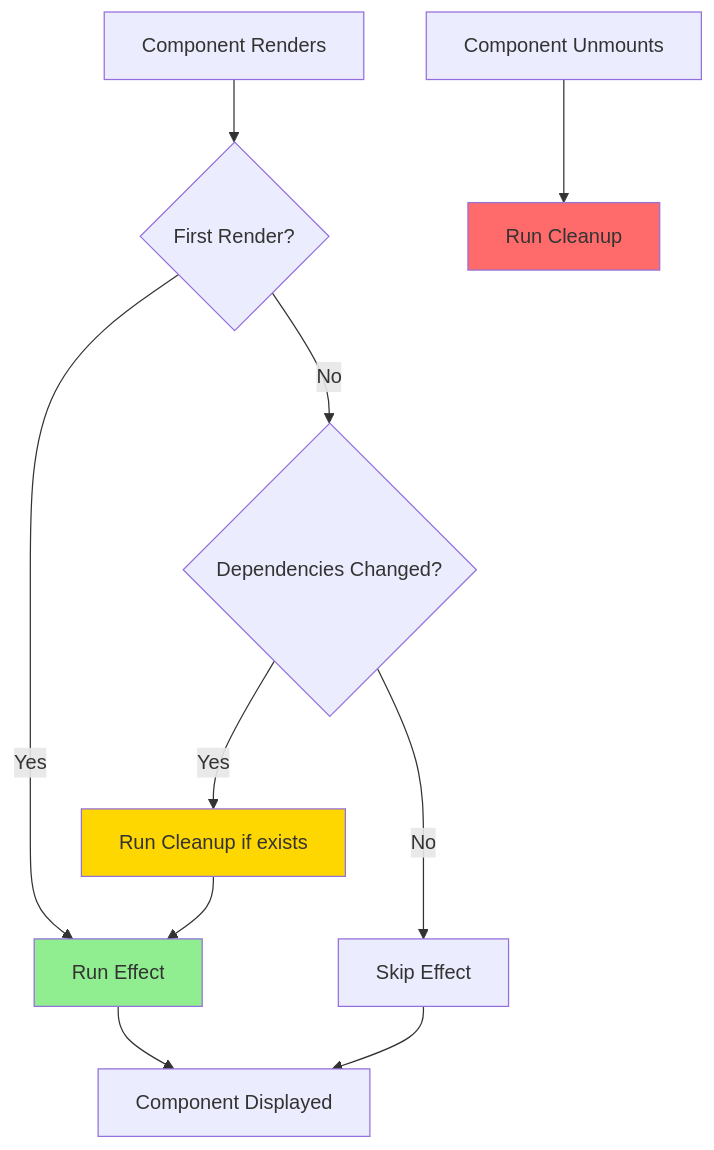
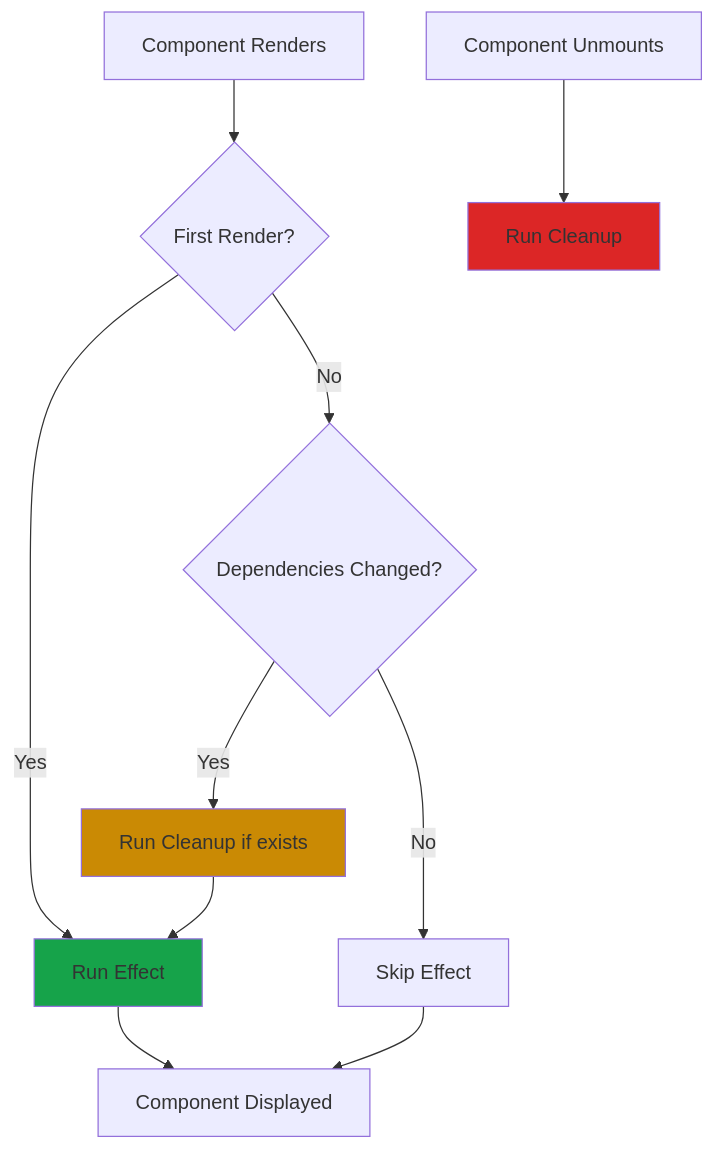
One commit to upasanaprabhakar/web-dev-handbook changed the first of 2 diagrams in react/useEffect/README.md. Above: the diagram before and after it, drawn with Mermaid.

Commit message:
use effect topic with examples

````diff
--- a/react/useEffect/README.md
+++ b/react/useEffect/README.md
@@ -69,17 +69,17 @@
 ```mermaid
 graph TD
     A[Component Renders] --> B{First Render?}
     B -->|Yes| C[Run Effect]
     B -->|No| D{Dependencies Changed?}
     D -->|Yes| E[Run Cleanup if exists]
     E --> C
     D -->|No| F[Skip Effect]
     C --> G[Component Displayed]
     F --> G
     
     H[Component Unmounts] --> I[Run Cleanup]
     
-    style C fill:#90EE90
-    style E fill:#FFD700
-    style I fill:#FF6B6B
+    style C fill:#16A34A
+    style E fill:#CA8A04
+    style I fill:#DC2626
 ```
````
